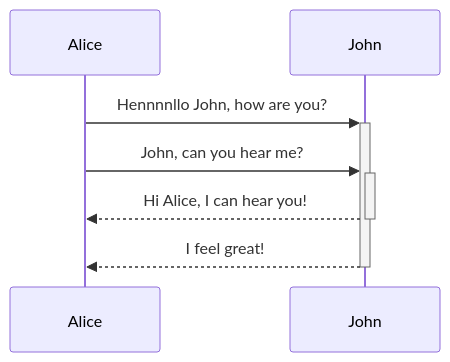
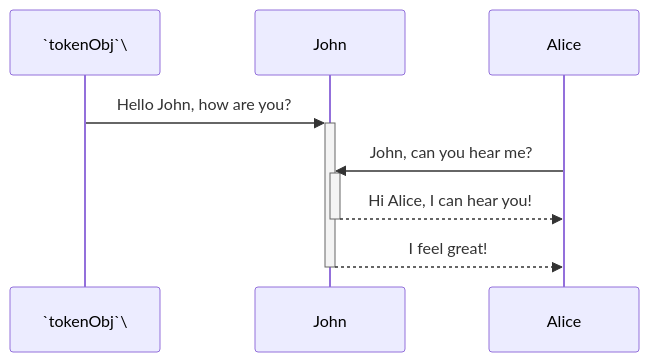
Before and after one commit to TalPeretzSwimm/Tal-github-app: the second of 2 diagrams in .swm/flows-2612-mermaid.76r0x.sw.md, drawn with Mermaid. The commit also changed other lines of this file, not shown here.

Commit message:
docs(swimm): update swimms: "Flows 26.12 | Mermaid"

````diff
--- a/.swm/flows-2612-mermaid.76r0x.sw.md
+++ b/.swm/flows-2612-mermaid.76r0x.sw.md
@@ -39,7 +41,7 @@
 ```mermaid
 sequenceDiagram
-Alice->>+John: Hennnnllo John, how are you?
+`tokenObj`\->>+John: Hello John, how are you?
 Alice->>+John: John, can you hear me?
 John-->>-Alice: Hi Alice, I can hear you!
 John-->>-Alice: I feel great!
 ```
````
